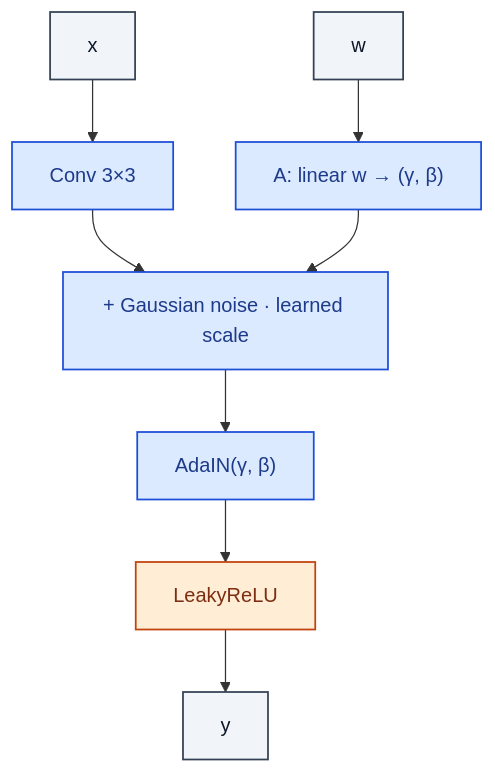
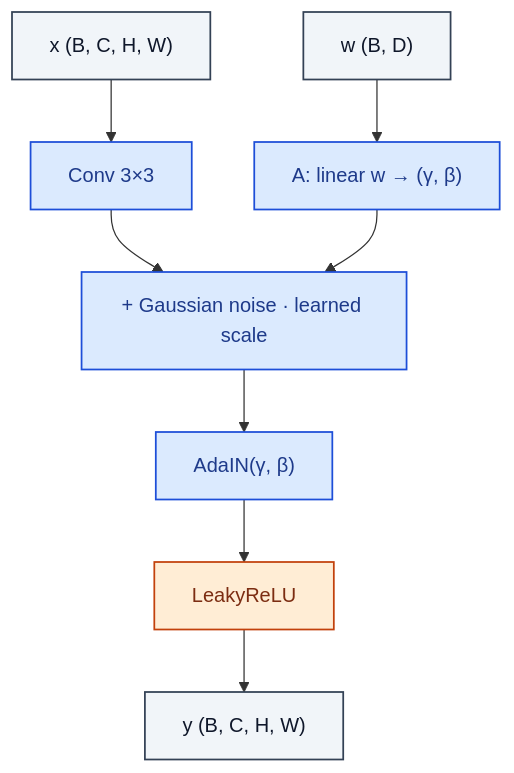
One commit to RealityShifts/Srivastava-book-of-Blocks-diagrams changed the diagram in gan/StyleBlock.md. Above: the diagram before and after it, drawn with Mermaid. The commit also changed 123 other files, not shown here.

````diff
--- a/gan/StyleBlock.md
+++ b/gan/StyleBlock.md
@@ -7,27 +7,28 @@
 ```mermaid
 flowchart TD
-    n0_0["x"]:::io
-    n0_1["w"]:::io
+    n0_0["x  (B, C, H, W)"]:::io
+    n0_1["w  (B, D)"]:::io
     n1_0["Conv 3×3"]:::op
     n1_1["A: linear w → (γ, β)"]:::op
     n2_0["+ Gaussian noise · learned scale"]:::op
     n3_0["AdaIN(γ, β)"]:::op
     n4_0["LeakyReLU"]:::act
-    n5_0["y"]:::io
+    n5_0["y  (B, C, H, W)"]:::io
     n0_0 --> n1_0
     n0_1 --> n1_1
     n1_0 --> n2_0
     n1_1 --> n2_0
     n2_0 --> n3_0
     n3_0 --> n4_0
     n4_0 --> n5_0
     classDef io fill:#f1f5f9,stroke:#334155,stroke-width:1.4px,color:#0f172a
     classDef op fill:#dbeafe,stroke:#1d4ed8,stroke-width:1.4px,color:#1e3a8a
     classDef norm fill:#dcfce7,stroke:#15803d,stroke-width:1.4px,color:#14532d
     classDef act fill:#ffedd5,stroke:#c2410c,stroke-width:1.4px,color:#7c2d12
     classDef attn fill:#ede9fe,stroke:#6d28d9,stroke-width:1.4px,color:#4c1d95
     classDef merge fill:#fef3c7,stroke:#b45309,stroke-width:1.4px,color:#78350f
     classDef emb fill:#fef9c3,stroke:#a16207,stroke-width:1.4px,color:#713f12
     classDef loss fill:#fee2e2,stroke:#b91c1c,stroke-width:1.4px,color:#7f1d1d
     classDef ctrl fill:#f5f5f4,stroke:#52525b,stroke-width:1.4px,color:#27272a
+    classDef ref fill:#e0f2fe,stroke:#0369a1,stroke-width:2px,color:#0c4a6e,stroke-dasharray: 4 2
 ```
````
